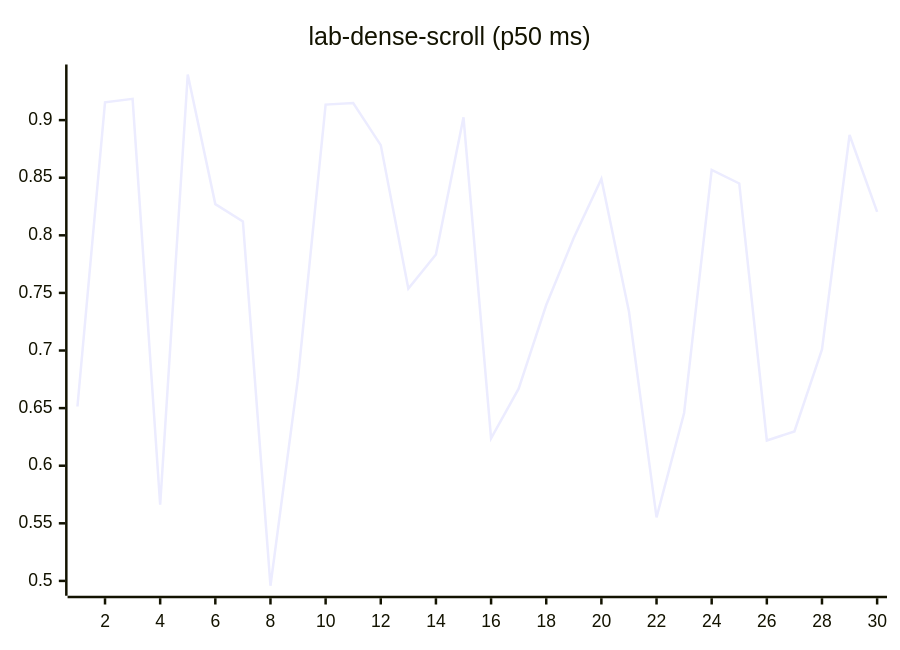
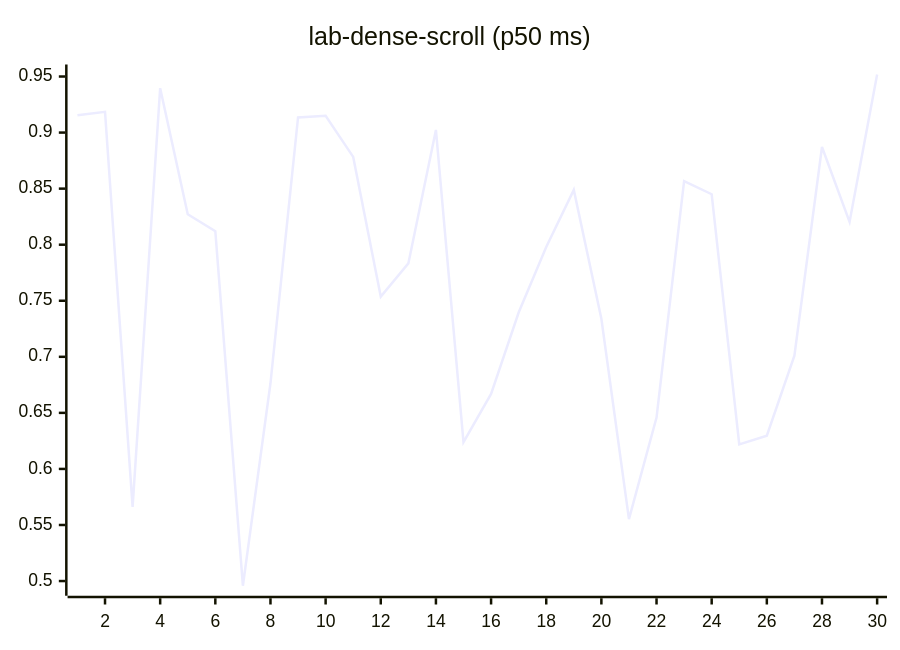
One commit to josha/Facet changed diagram 12 of 27 in README.md. Above: the diagram before and after it, drawn with Mermaid. The commit also changed other lines of this file and 2 other files, not shown here.

````diff
--- a/README.md
+++ b/README.md
@@ -140,6 +140,6 @@
 ```mermaid
 xychart-beta
     title "lab-dense-scroll (p50 ms)"
     x-axis 1 --> 30
-    line [0.6514, 0.9155, 0.9185, 0.5661, 0.9396, 0.8271, 0.8121, 0.4958, 0.6764, 0.9135, 0.9149, 0.8783, 0.7537, 0.7833, 0.9024, 0.6238, 0.6669, 0.7395, 0.7979, 0.8489, 0.7339, 0.5552, 0.6458, 0.8568, 0.8450, 0.6219, 0.6297, 0.7010, 0.8871, 0.8203]
+    line [0.9155, 0.9185, 0.5661, 0.9396, 0.8271, 0.8121, 0.4958, 0.6764, 0.9135, 0.9149, 0.8783, 0.7537, 0.7833, 0.9024, 0.6238, 0.6669, 0.7395, 0.7979, 0.8489, 0.7339, 0.5552, 0.6458, 0.8568, 0.8450, 0.6219, 0.6297, 0.7010, 0.8871, 0.8203, 0.9518]
 ```
````
